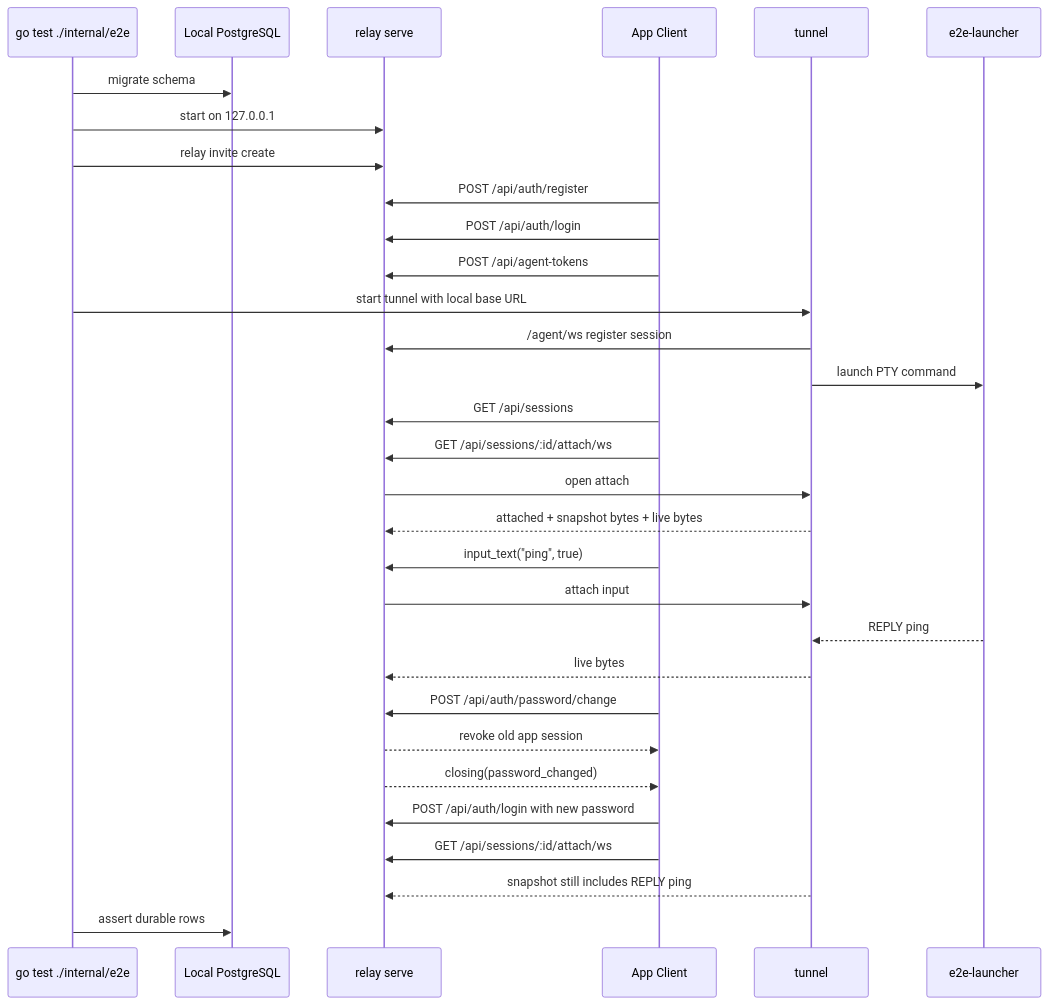
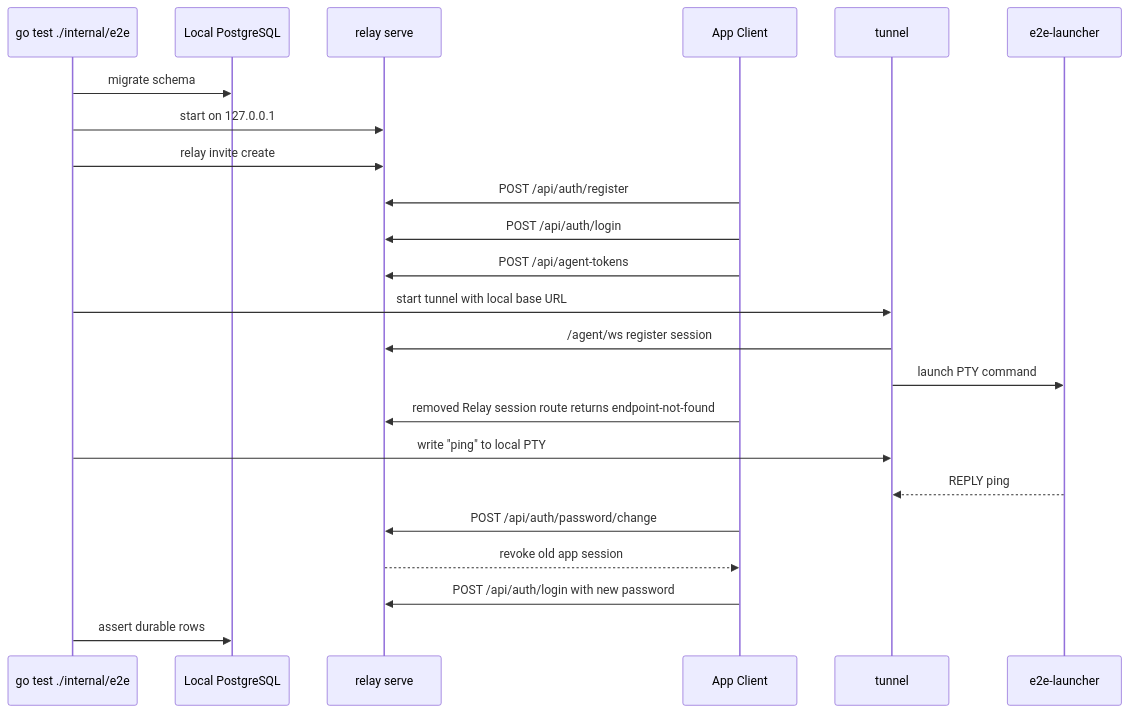
One commit to yuanbohan/agent-tunnel changed the second of 2 diagrams in docs/local-e2e.md. Above: the diagram before and after it, drawn with Mermaid. The commit also changed other lines of this file and 237 other files, not shown here.

````diff
--- a/docs/local-e2e.md
+++ b/docs/local-e2e.md
@@ -308,34 +281,26 @@
 ```mermaid
 sequenceDiagram
     participant T as go test ./internal/e2e
     participant PG as Local PostgreSQL
     participant R as relay serve
     participant C as App Client
     participant U as tunnel
     participant L as e2e-launcher
 
     T->>PG: migrate schema
     T->>R: start on 127.0.0.1
     T->>R: relay invite create
     C->>R: POST /api/auth/register
     C->>R: POST /api/auth/login
     C->>R: POST /api/agent-tokens
     T->>U: start tunnel with local base URL
     U->>R: /agent/ws register session
     U->>L: launch PTY command
-    C->>R: GET /api/sessions
-    C->>R: GET /api/sessions/:id/attach/ws
-    R->>U: open attach
-    U-->>R: attached + snapshot bytes + live bytes
-    C->>R: input_text("ping", true)
-    R->>U: attach input
+    C->>R: removed Relay session route returns endpoint-not-found
+    T->>U: write "ping" to local PTY
     L-->>U: REPLY ping
-    U-->>R: live bytes
     C->>R: POST /api/auth/password/change
     R-->>C: revoke old app session
-    R-->>C: closing(password_changed)
     C->>R: POST /api/auth/login with new password
-    C->>R: GET /api/sessions/:id/attach/ws
-    U-->>R: snapshot still includes REPLY ping
     T->>PG: assert durable rows
 ```
````
